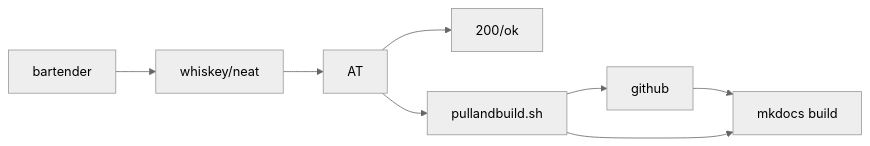
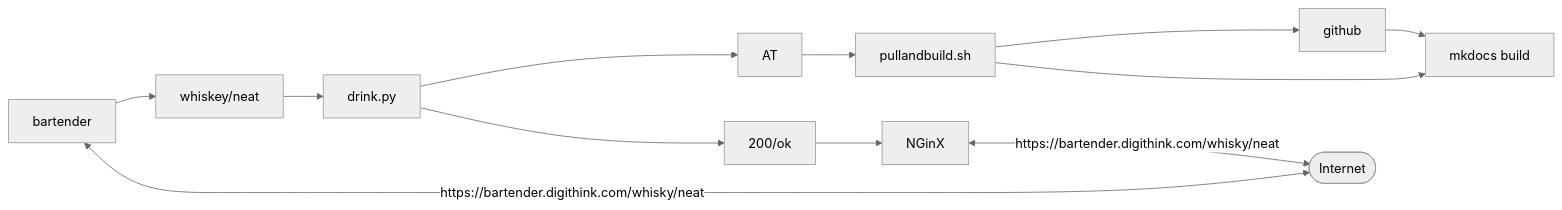
The second of 2 diagrams in whiskey/bartender/docs/README.md (suspect-devices/digithink), drawn with Mermaid (neutral theme) before and after one commit.

Commit message:
improve the stack

````diff
--- a/whiskey/bartender/docs/README.md
+++ b/whiskey/bartender/docs/README.md
@@ -19,8 +19,10 @@
 ```mermaid
   graph LR
-  A[bartender] --> B[whiskey/neat] --> C[AT] --> 200/ok
+  A[bartender] --> B[whiskey/neat] --> F[drink.py] --> C[AT]
+  F --> H[200/ok] --> N[NGinX] <--https://bartender.digithink.com/whisky/neat --> I([Internet])
   C --> D[pullandbuild.sh] --> G[github]
   G-->E
   D --> E[mkdocs build]
+  I([Internet]) <--https://bartender.digithink.com/whisky/neat --> A
 
 ```
````
